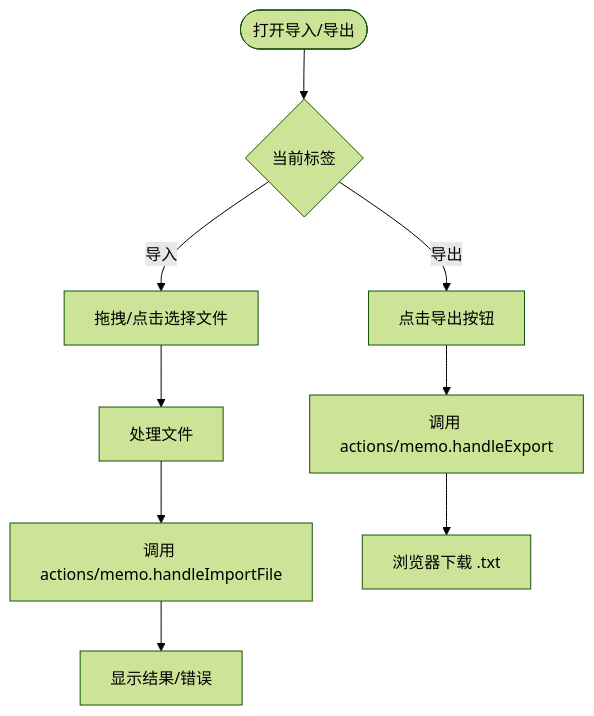
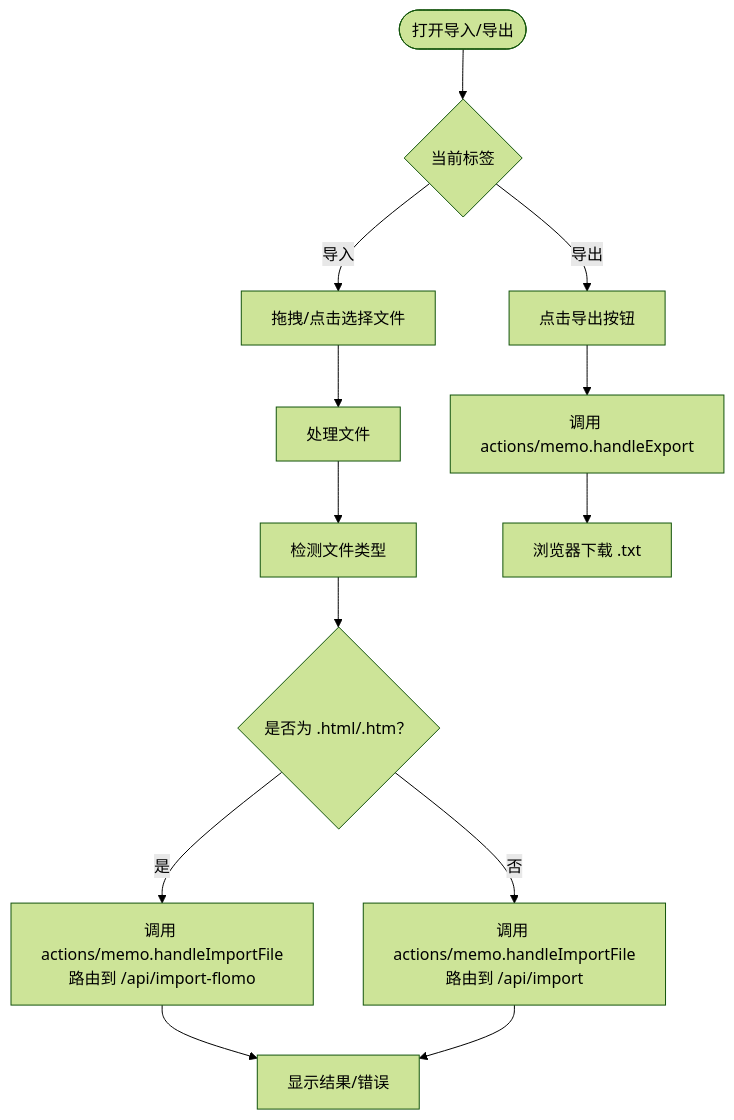
One commit to BlackBoxRecorder/memos changed the third of 6 diagrams in .qoder/repowiki/zh/content/前端应用/Admin管理界面/导入导出功能/导入导出功能.md. Above: the diagram before and after it, drawn with Mermaid (forest theme). The commit also changed other lines of this file and 19 other files, not shown here.

````diff
--- a/.qoder/repowiki/zh/content/前端应用/Admin管理界面/导入导出功能/导入导出功能.md
+++ b/.qoder/repowiki/zh/content/前端应用/Admin管理界面/导入导出功能/导入导出功能.md
@@ -155,11 +175,15 @@
 ```mermaid
 flowchart TD
 Start(["打开导入/导出"]) --> Tab{"当前标签"}
 Tab --> |导出| Export["点击导出按钮"]
 Tab --> |导入| Drag["拖拽/点击选择文件"]
 Export --> CallAction["调用 actions/memo.handleExport"]
 Drag --> Drop["处理文件"]
-Drop --> CallImport["调用 actions/memo.handleImportFile"]
+Drop --> DetectType["检测文件类型"]
+DetectType --> IsFlomo{"是否为 .html/.htm？"}
+IsFlomo --> |是| CallFlomo["调用 actions/memo.handleImportFile<br/>路由到 /api/import-flomo"]
+IsFlomo --> |否| CallText["调用 actions/memo.handleImportFile<br/>路由到 /api/import"]
 CallAction --> Download["浏览器下载 .txt"]
-CallImport --> Result["显示结果/错误"]
+CallFlomo --> Result["显示结果/错误"]
+CallText --> Result
 ```
````
